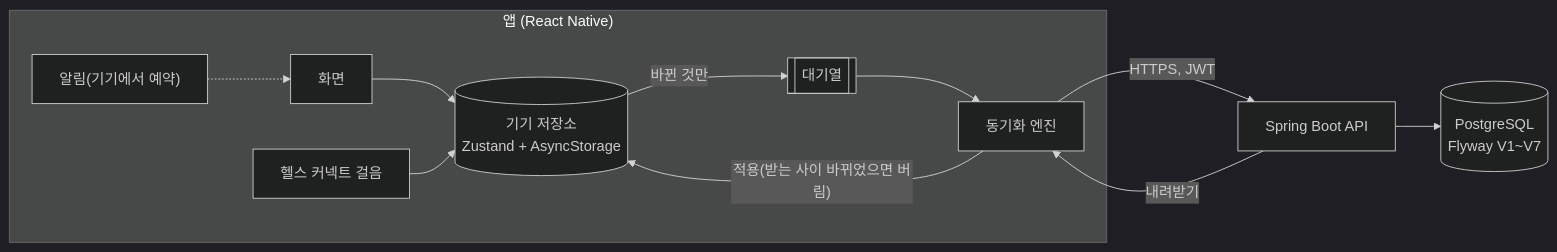
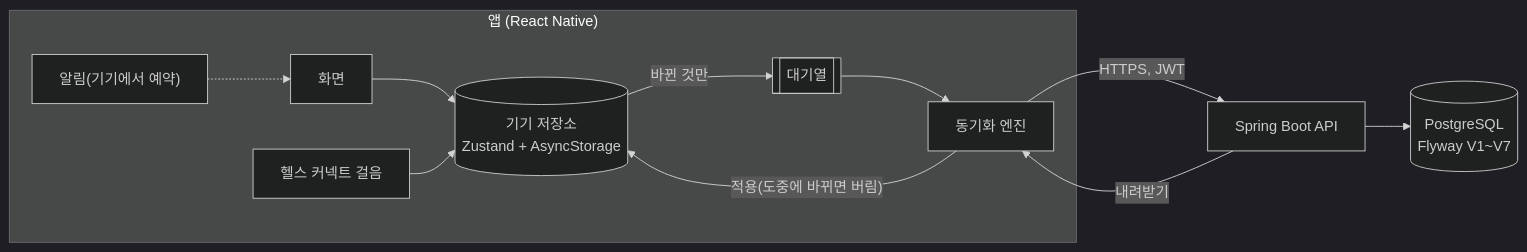
One commit to JangEunyeong01/Fitto changed the diagram in README.md. Above: the diagram before and after it, drawn with Mermaid (dark theme).

Commit message:
README: 다이어그램 라벨 줄이기

````diff
--- a/README.md
+++ b/README.md
@@ -35,14 +35,14 @@
 ```mermaid
 flowchart LR
   subgraph App["앱 (React Native)"]
     UI[화면] --> Store[(기기 저장소<br/>Zustand + AsyncStorage)]
     Store -- 바뀐 것만 --> Outbox[[대기열]]
     Outbox --> Sync[동기화 엔진]
     HC[헬스 커넥트 걸음] --> Store
     Notif["알림(기기에서 예약)"] -.-> UI
   end
   Sync -- HTTPS, JWT --> API[Spring Boot API]
   API --> DB[(PostgreSQL<br/>Flyway V1~V7)]
   API -- 내려받기 --> Sync
-  Sync -->|"적용(받는 사이 바뀌었으면 버림)"| Store
+  Sync -->|"적용(도중에 바뀌면 버림)"| Store
 ```
````
